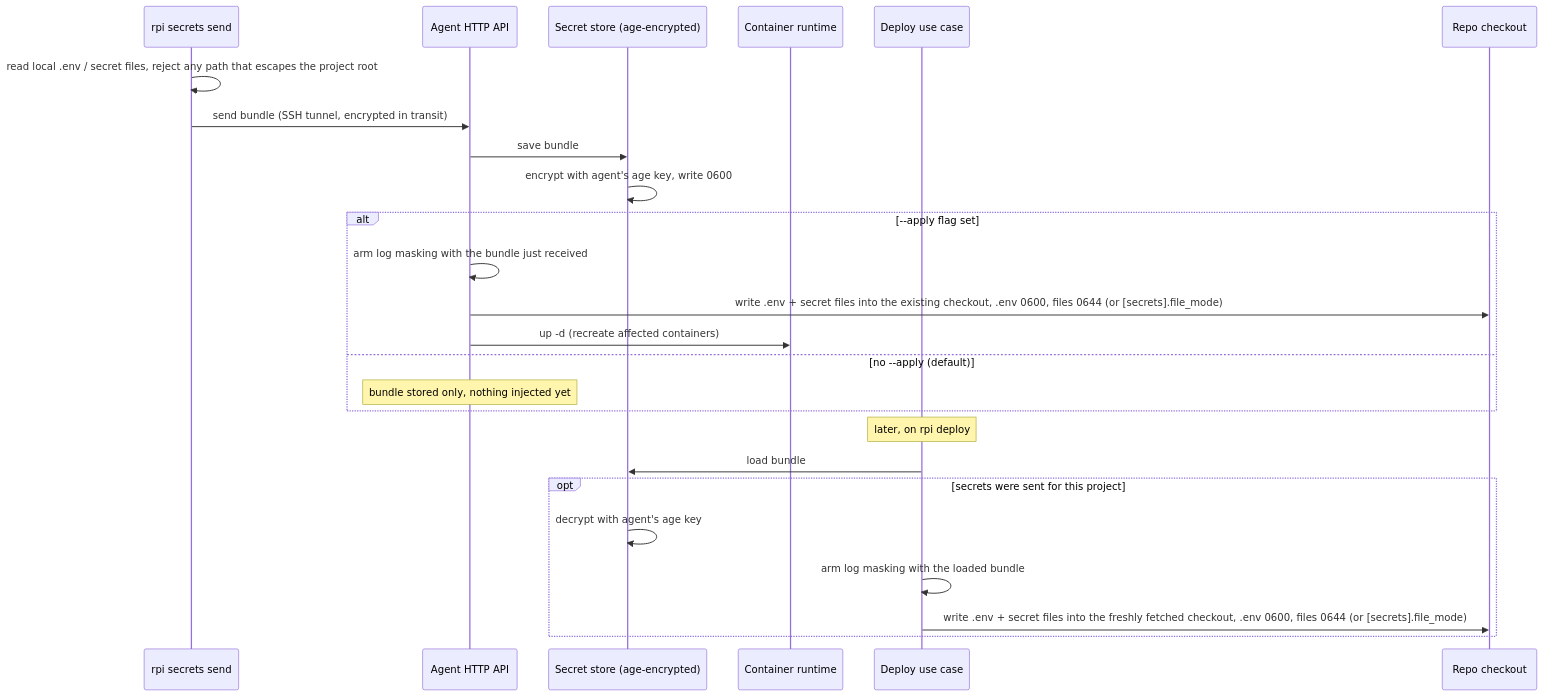
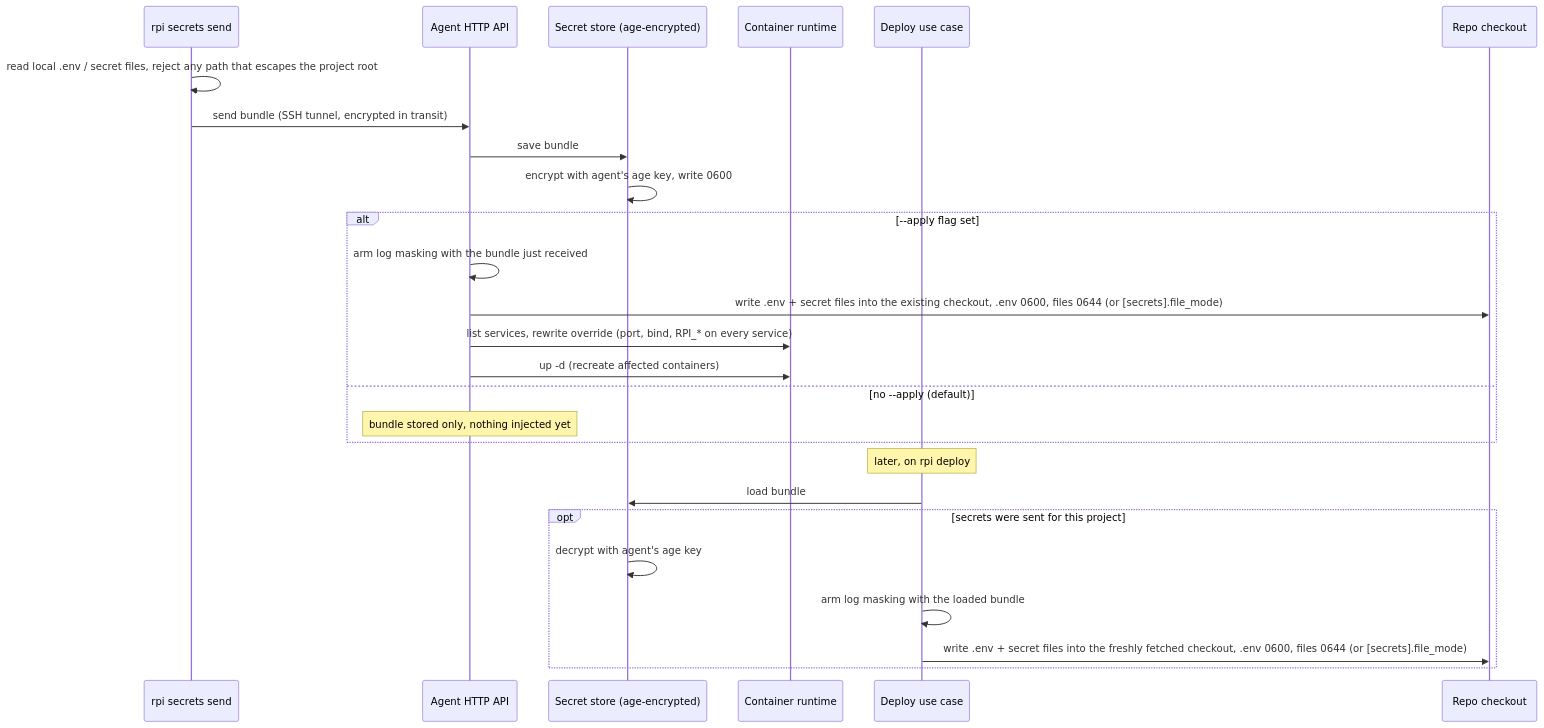
Before and after one commit to khmilevoi/pi-deploy: the diagram in docs/architecture/flows/secrets.md, drawn with Mermaid. The commit also changed other lines of this file and 7 other files, not shown here.

First line of the commit message:
feat(runtime): carry RPI_* through command, lifecycle and teardown

````diff
--- a/docs/architecture/flows/secrets.md
+++ b/docs/architecture/flows/secrets.md
@@ -10,29 +10,30 @@
 ```mermaid
 sequenceDiagram
     participant CLI as rpi secrets send
     participant API as Agent HTTP API
     participant Store as Secret store (age-encrypted)
     participant Runtime as Container runtime
     participant Dep as Deploy use case
     participant Co as Repo checkout
 
     CLI->>CLI: read local .env / secret files, reject any path that escapes the project root
     CLI->>API: send bundle (SSH tunnel, encrypted in transit)
     API->>Store: save bundle
     Store->>Store: encrypt with agent's age key, write 0600
     alt --apply flag set
         API->>API: arm log masking with the bundle just received
         API->>Co: write .env + secret files into the existing checkout, .env 0600, files 0644 (or [secrets].file_mode)
+        API->>Runtime: list services, rewrite override (port, bind, RPI_* on every service)
         API->>Runtime: up -d (recreate affected containers)
     else no --apply (default)
         Note over API: bundle stored only, nothing injected yet
     end
 
     Note over Dep: later, on rpi deploy
     Dep->>Store: load bundle
     opt secrets were sent for this project
         Store->>Store: decrypt with agent's age key
         Dep->>Dep: arm log masking with the loaded bundle
         Dep->>Co: write .env + secret files into the freshly fetched checkout, .env 0600, files 0644 (or [secrets].file_mode)
     end
 ```
````
